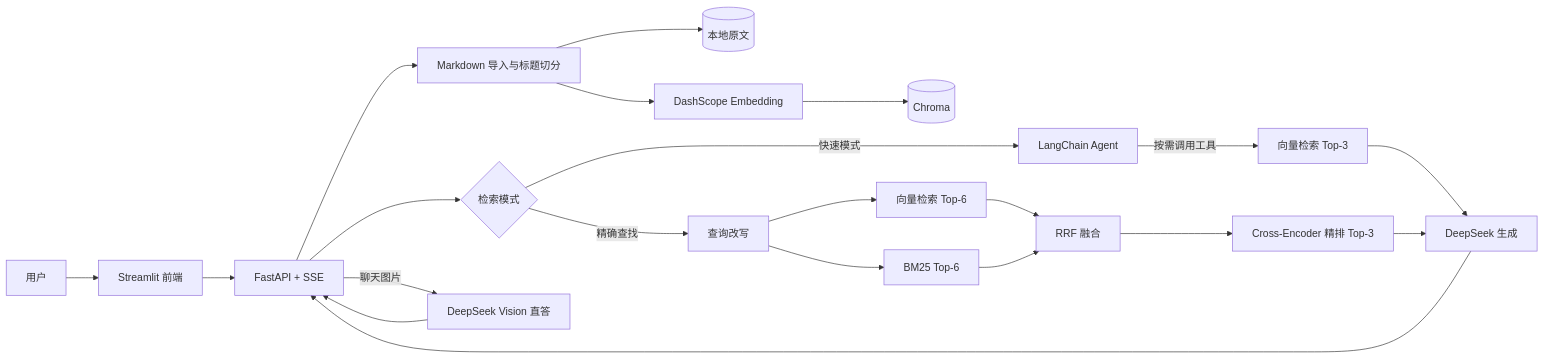
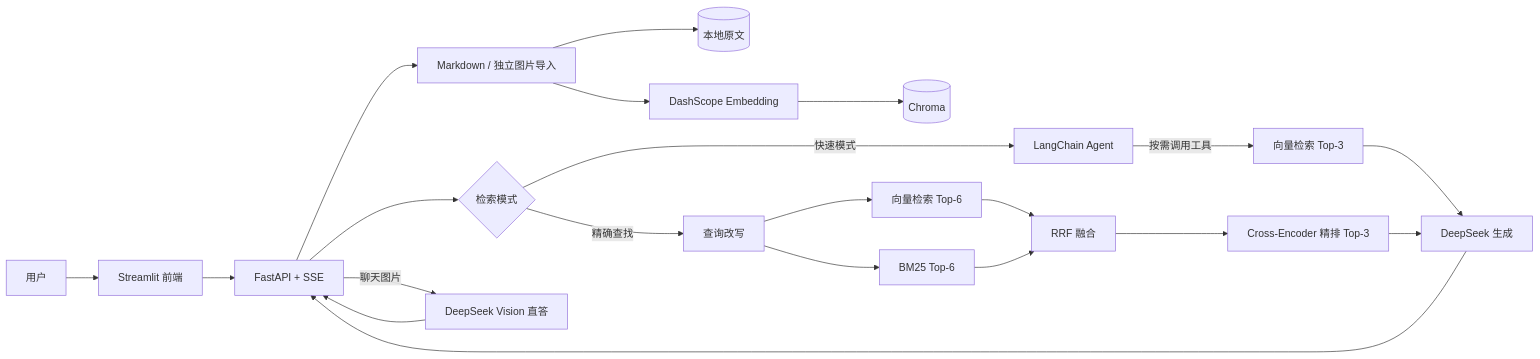
Before and after one commit to yuyuyuoo55/Personal_Notes_Review_Assistant: the first of 2 diagrams in README.md, drawn with Mermaid. The commit also changed other lines of this file and 12 other files, not shown here.

First line of the commit message:
﻿feat(mm): 支持单独上传图片当笔记入库 + 分层目录

````diff
--- a/README.md
+++ b/README.md
@@ -31,27 +31,27 @@
 ```mermaid
 flowchart LR
     U[用户] --> UI[Streamlit 前端]
     UI --> API[FastAPI + SSE]
 
-    API --> INGEST[Markdown 导入与标题切分]
+    API --> INGEST[Markdown / 独立图片导入]
     INGEST --> FILES[(本地原文)]
     INGEST --> EMB[DashScope Embedding]
     EMB --> CHROMA[(Chroma)]
 
     API --> MODE{检索模式}
     API -->|聊天图片| VISION[DeepSeek Vision 直答]
     MODE -->|快速模式| AGENT[LangChain Agent]
     AGENT -->|按需调用工具| VECTOR[向量检索 Top-3]
 
     MODE -->|精确查找| REWRITE[查询改写]
     REWRITE --> DENSE[向量检索 Top-6]
     REWRITE --> BM25[BM25 Top-6]
     DENSE --> RRF[RRF 融合]
     BM25 --> RRF
     RRF --> RERANK[Cross-Encoder 精排 Top-3]
 
     VECTOR --> LLM[DeepSeek 生成]
     RERANK --> LLM
     VISION --> API
     LLM --> API
 ```
````
